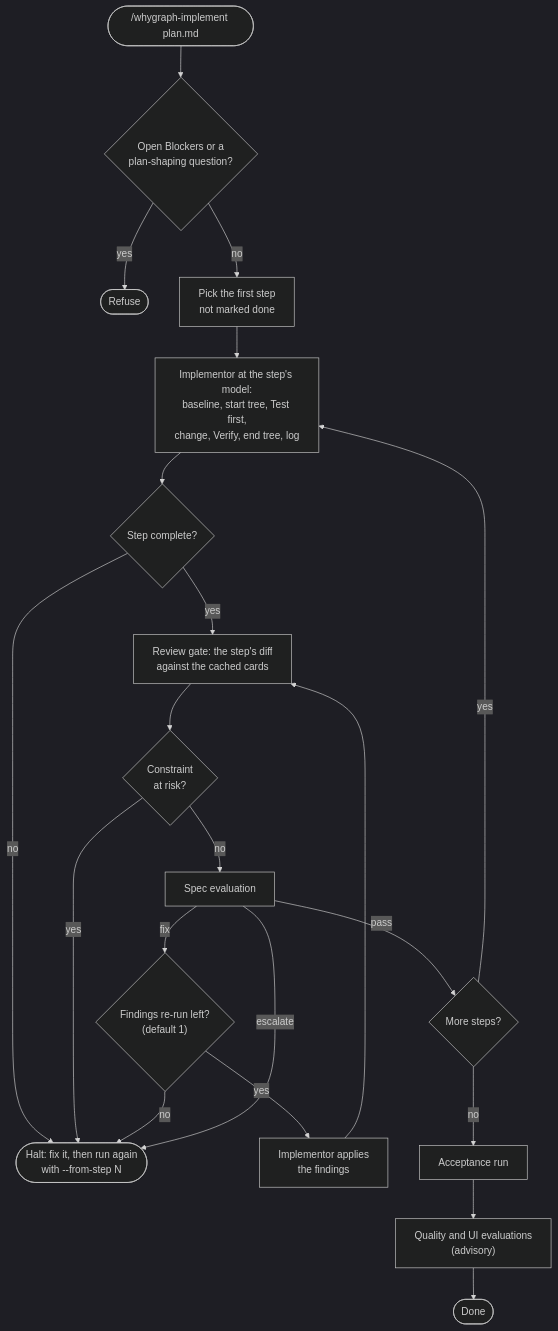
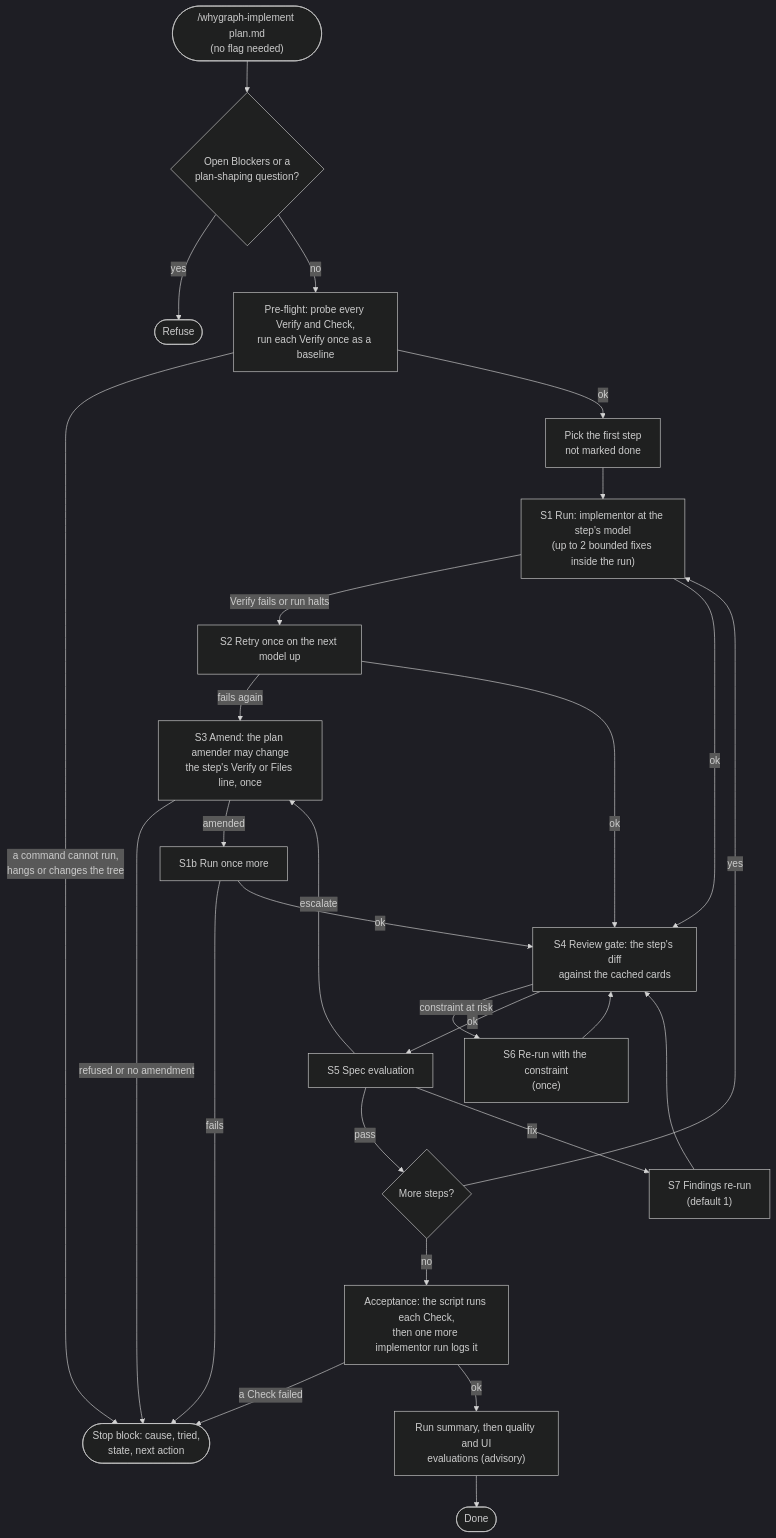
Before and after one commit to mtrdesign/whygraph: the second of 2 diagrams in docs/guide/planning.md, drawn with Mermaid (dark theme). The commit also changed other lines of this file and 60 other files, not shown here.

First line of the commit message:
feat(plan): unattended /whygraph-implement and a plan review in /whygraph-plan (#113)

````diff
--- a/docs/guide/planning.md
+++ b/docs/guide/planning.md
@@ -32,21 +35,26 @@
 ```mermaid
 flowchart TD
-    start(["/whygraph-implement plan.md"]) --> pre{"Open Blockers or a<br/>plan-shaping question?"}
+    start(["/whygraph-implement plan.md<br/>(no flag needed)"]) --> pre{"Open Blockers or a<br/>plan-shaping question?"}
     pre -- "yes" --> refuse(["Refuse"])
-    pre -- "no" --> pick["Pick the first step<br/>not marked done"]
-    pick --> impl["Implementor at the step's model:<br/>baseline, start tree, Test first,<br/>change, Verify, end tree, log"]
-    impl --> ok{"Step complete?"}
-    ok -- "no" --> halt(["Halt: fix it, then run again<br/>with --from-step N"])
-    ok -- "yes" --> review["Review gate: the step's diff<br/>against the cached cards"]
-    review --> risk{"Constraint<br/>at risk?"}
-    risk -- "yes" --> halt
-    risk -- "no" --> spec["Spec evaluation"]
+    pre -- "no" --> flight["Pre-flight: probe every Verify and Check,<br/>run each Verify once as a baseline"]
+    flight -- "a command cannot run,<br/>hangs or changes the tree" --> stop(["Stop block: cause, tried,<br/>state, next action"])
+    flight -- "ok" --> pick["Pick the first step<br/>not marked done"]
+    pick --> s1["S1 Run: implementor at the step's model<br/>(up to 2 bounded fixes inside the run)"]
+    s1 -- "Verify fails or run halts" --> s2["S2 Retry once on the next model up"]
+    s2 -- "fails again" --> s3["S3 Amend: the plan amender may change<br/>the step's Verify or Files line, once"]
+    s3 -- "refused or no amendment" --> stop
+    s3 -- "amended" --> s1b["S1b Run once more"]
+    s1b -- "fails" --> stop
+    s1 -- "ok" --> gate
+    s2 -- "ok" --> gate
+    s1b -- "ok" --> gate
+    gate["S4 Review gate: the step's diff<br/>against the cached cards"] -- "constraint at risk" --> s6["S6 Re-run with the constraint<br/>(once)"] --> gate
+    gate -- "ok" --> spec["S5 Spec evaluation"]
     spec -- "pass" --> more{"More steps?"}
-    spec -- "fix" --> left{"Findings re-run left?<br/>(default 1)"}
-    left -- "yes" --> rerun["Implementor applies<br/>the findings"] --> review
-    left -- "no" --> halt
-    spec -- "escalate" --> halt
-    more -- "yes" --> impl
-    more -- "no" --> acc["Acceptance run"]
-    acc --> qual["Quality and UI evaluations<br/>(advisory)"] --> done(["Done"])
+    spec -- "fix" --> s7["S7 Findings re-run<br/>(default 1)"] --> gate
+    spec -- "escalate" --> s3
+    more -- "yes" --> s1
+    more -- "no" --> acc["Acceptance: the script runs each Check,<br/>then one more implementor run logs it"]
+    acc -- "a Check failed" --> stop
+    acc -- "ok" --> qual["Run summary, then quality and UI<br/>evaluations (advisory)"] --> done(["Done"])
 ```
````
